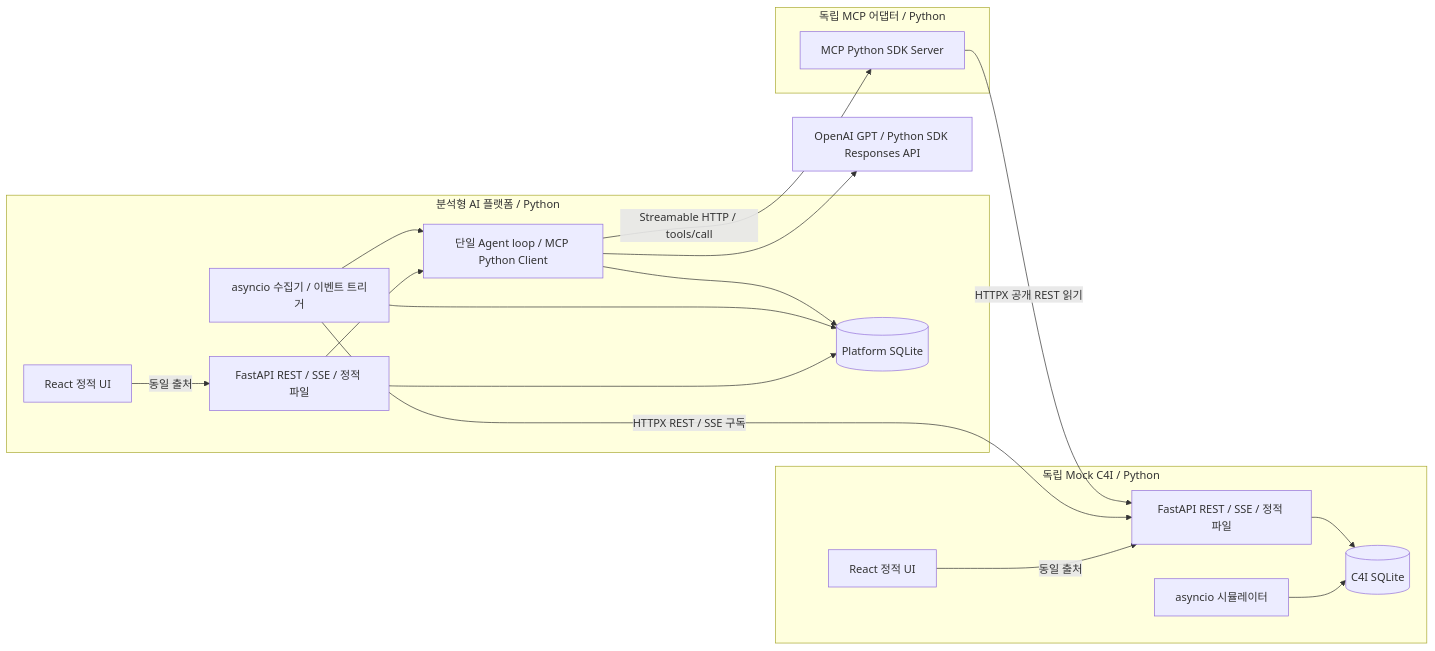
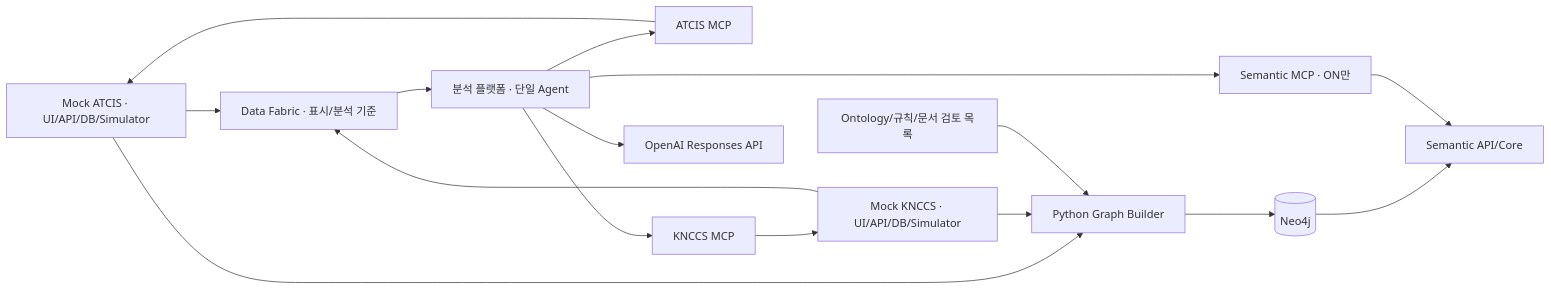
The diagram in docs/ARCHITECTURE.md (igeon-hws/battlefield-ai-platform-poc), drawn with Mermaid before and after one commit. The commit also changed other lines of this file and 19 other files, not shown here.

````diff
--- a/docs/ARCHITECTURE.md
+++ b/docs/ARCHITECTURE.md
@@ -62,32 +7,18 @@
 ```mermaid
 flowchart LR
-  subgraph C4I[독립 Mock C4I / Python]
-    CU[React 정적 UI]
-    CS[FastAPI REST / SSE / 정적 파일]
-    SIM[asyncio 시뮬레이터]
-    CD[(C4I SQLite)]
-    CU -->|동일 출처| CS
-    SIM --> CD
-    CS --> CD
-  end
-  subgraph Adapter[독립 MCP 어댑터 / Python]
-    MCP[MCP Python SDK Server]
-  end
-  subgraph Platform[분석형 AI 플랫폼 / Python]
-    WEB[React 정적 UI]
-    API[FastAPI REST / SSE / 정적 파일]
-    ING[asyncio 수집기 / 이벤트 트리거]
-    RUN[단일 Agent loop / MCP Python Client]
-    PD[(Platform SQLite)]
-    WEB -->|동일 출처| API
-    API --> PD
-    API --> RUN
-    ING --> PD
-    ING --> RUN
-    RUN --> PD
-  end
-  ING -->|HTTPX REST / SSE 구독| CS
-  RUN -->|Streamable HTTP / tools/call| MCP
-  MCP -->|HTTPX 공개 REST 읽기| CS
-  RUN --> LLM[OpenAI GPT / Python SDK Responses API]
+  A[Mock ATCIS · UI/API/DB/Simulator] --> F[Data Fabric · 표시/분석 기준]
+  N[Mock KNCCS · UI/API/DB/Simulator] --> F
+  F --> P[분석 플랫폼 · 단일 Agent]
+  P --> AM[ATCIS MCP]
+  P --> NM[KNCCS MCP]
+  AM --> A
+  NM --> N
+  A --> B[Python Graph Builder]
+  N --> B
+  O[Ontology/규칙/문서 검토 목록] --> B
+  B --> G[(Neo4j)]
+  G --> S[Semantic API/Core]
+  P --> SM[Semantic MCP · ON만]
+  SM --> S
+  P --> L[OpenAI Responses API]
 ```
````
